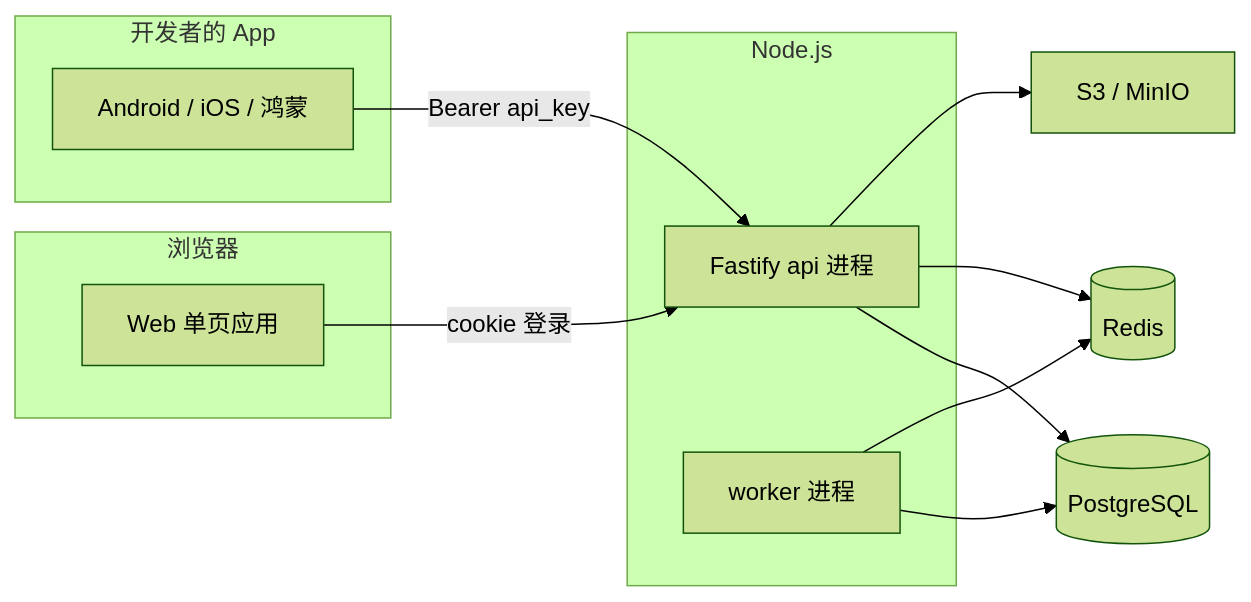
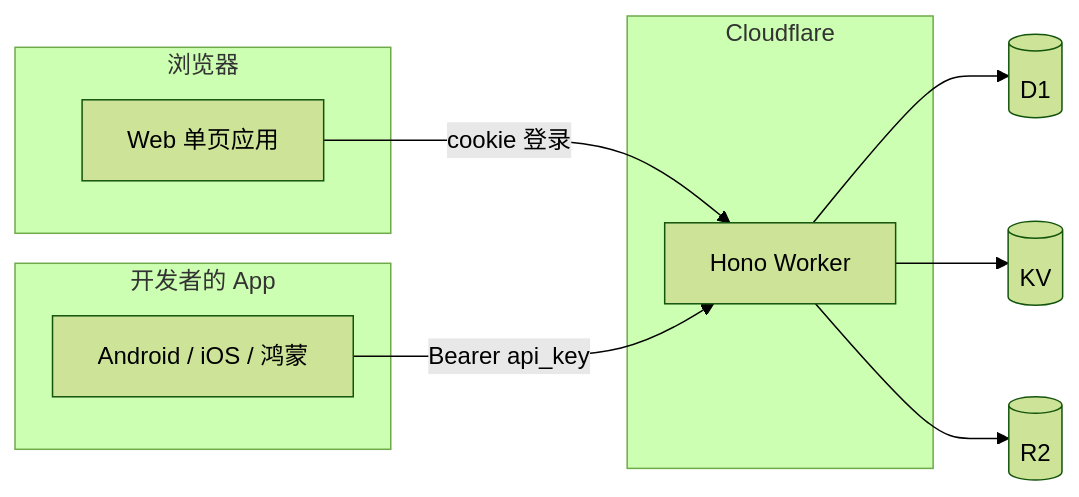
The first of 3 diagrams in TECH-appunions.md (w2solo/appunion), drawn with Mermaid (forest theme) before and after one commit. The commit also changed other lines of this file and 59 other files, not shown here.

````diff
--- a/TECH-appunions.md
+++ b/TECH-appunions.md
@@ -29,24 +29,21 @@
 ```mermaid
 flowchart LR
   subgraph browser [浏览器]
     Web[Web 单页应用]
   end
   subgraph host [开发者的 App]
     Native[Android / iOS / 鸿蒙]
   end
-  subgraph node [Node.js]
-    Api[Fastify api 进程]
-    Worker[worker 进程]
+  subgraph cf [Cloudflare]
+    Api[Hono Worker]
   end
-  PG[(PostgreSQL)]
-  Redis[(Redis)]
-  S3[S3 / MinIO]
+  D1[(D1)]
+  KV[(KV)]
+  R2[(R2)]
 
   Web -->|cookie 登录| Api
   Native -->|Bearer api_key| Api
-  Api --> PG
-  Api --> Redis
-  Api --> S3
-  Worker --> PG
-  Worker --> Redis
+  Api --> D1
+  Api --> KV
+  Api --> R2
 ```
````
